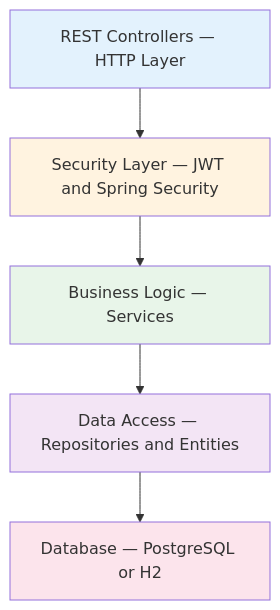
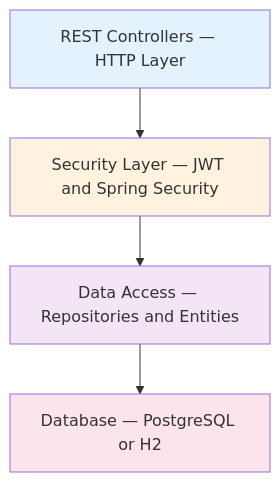
One commit to Keglev/stockease changed the first of 2 diagrams in docs/architecture/system/layers.md. Above: the diagram before and after it, drawn with Mermaid. The commit also changed other lines of this file and 63 other files, not shown here.

````diff
--- a/docs/architecture/system/layers.md
+++ b/docs/architecture/system/layers.md
@@ -9,19 +9,16 @@
 ```mermaid
 graph TD
     A[REST Controllers — HTTP Layer]
     B[Security Layer — JWT and Spring Security]
-    C[Business Logic — Services]
     D[Data Access — Repositories and Entities]
     E[Database — PostgreSQL or H2]
 
     A --> B
-    B --> C
-    C --> D
+    B --> D
     D --> E
 
     style A fill:#e3f2fd
     style B fill:#fff3e0
-    style C fill:#e8f5e9
     style D fill:#f3e5f5
     style E fill:#fce4ec
 ```
````
